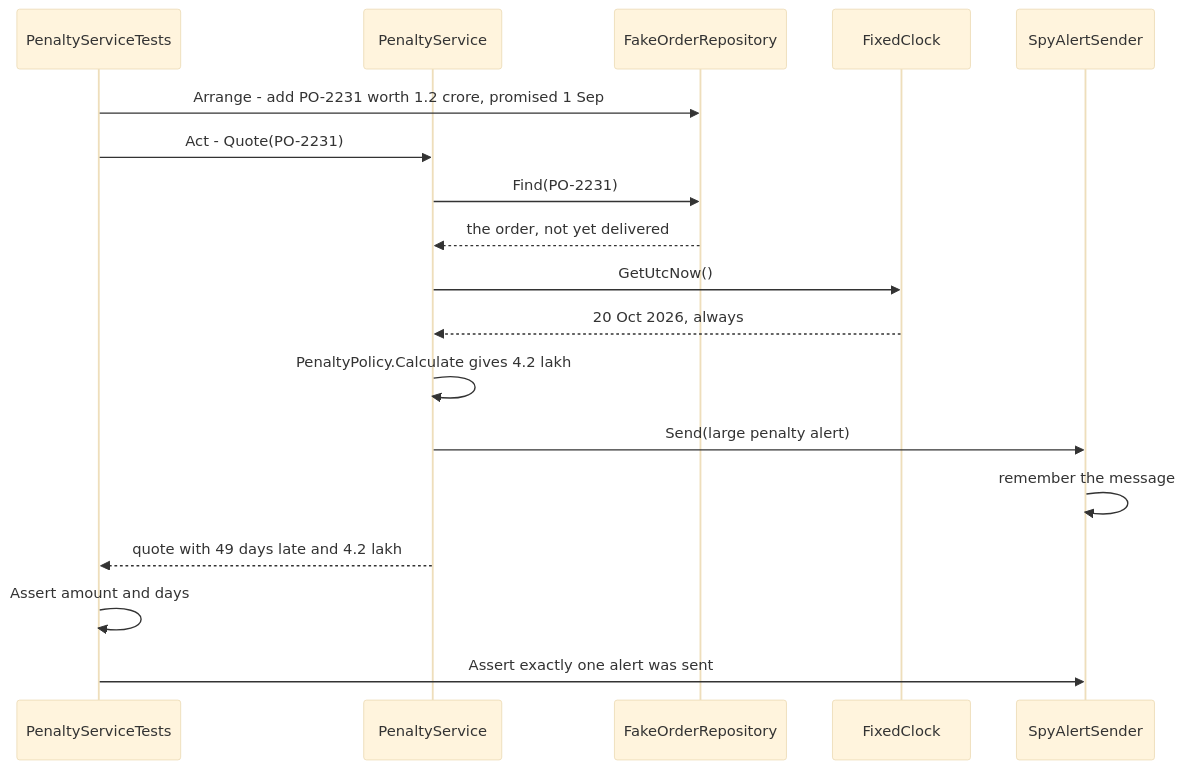
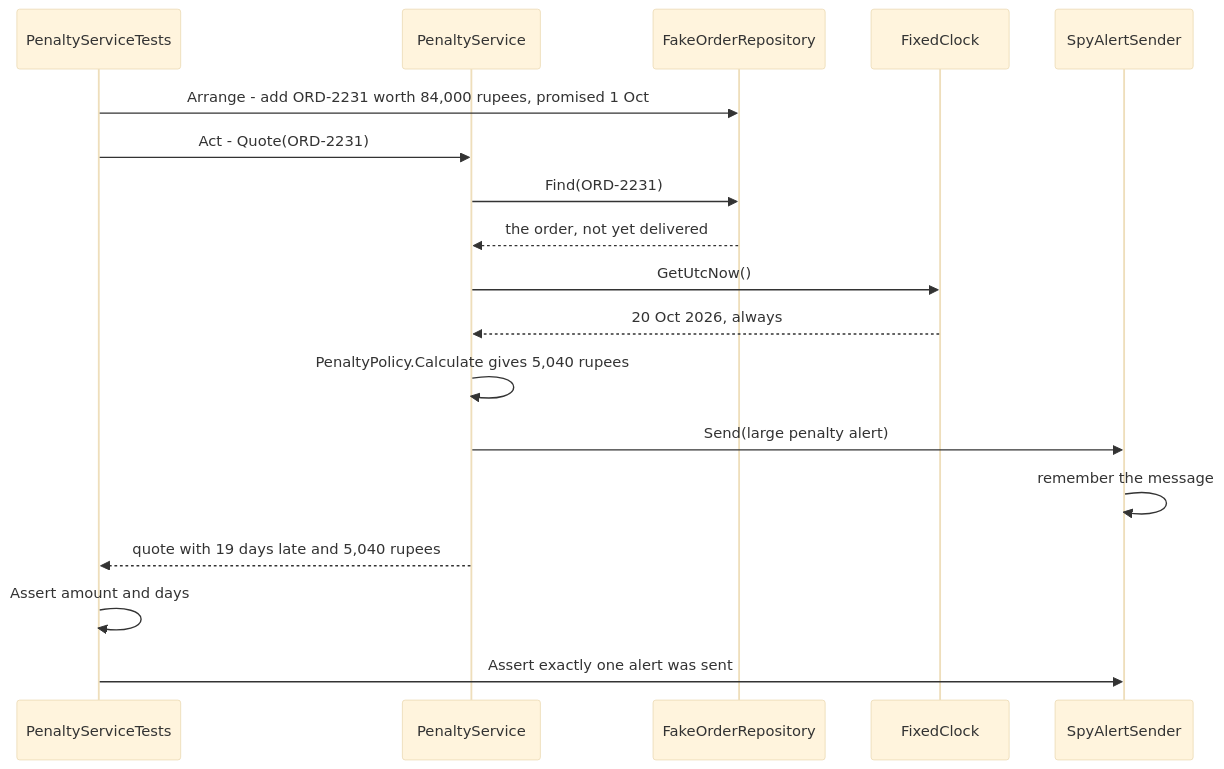
The second of 2 diagrams in content/lessons/m01/m01-testing-debugging.md (rizwi0786/system-design-lab), drawn with Mermaid (base theme) before and after one commit. The commit also changed other lines of this file and 334 other files, not shown here.

````diff
--- a/content/lessons/m01/m01-testing-debugging.md
+++ b/content/lessons/m01/m01-testing-debugging.md
@@ -305,20 +305,20 @@
 ```mermaid
 sequenceDiagram
     participant Test as PenaltyServiceTests
     participant Svc as PenaltyService
     participant Repo as FakeOrderRepository
     participant Clock as FixedClock
     participant Spy as SpyAlertSender
-    Test->>Repo: Arrange - add PO-2231 worth 1.2 crore, promised 1 Sep
-    Test->>Svc: Act - Quote(PO-2231)
-    Svc->>Repo: Find(PO-2231)
+    Test->>Repo: Arrange - add ORD-2231 worth 84,000 rupees, promised 1 Oct
+    Test->>Svc: Act - Quote(ORD-2231)
+    Svc->>Repo: Find(ORD-2231)
     Repo-->>Svc: the order, not yet delivered
     Svc->>Clock: GetUtcNow()
     Clock-->>Svc: 20 Oct 2026, always
-    Svc->>Svc: PenaltyPolicy.Calculate gives 4.2 lakh
+    Svc->>Svc: PenaltyPolicy.Calculate gives 5,040 rupees
     Svc->>Spy: Send(large penalty alert)
     Spy->>Spy: remember the message
-    Svc-->>Test: quote with 49 days late and 4.2 lakh
+    Svc-->>Test: quote with 19 days late and 5,040 rupees
     Test->>Test: Assert amount and days
     Test->>Spy: Assert exactly one alert was sent
 ```
````
